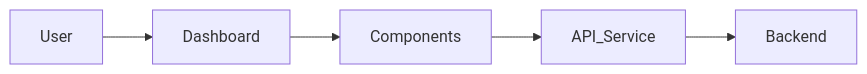
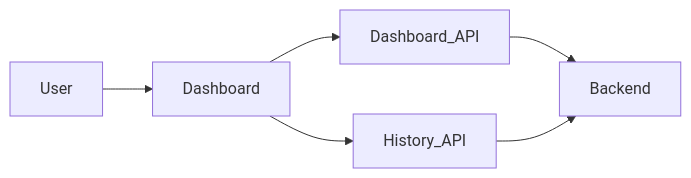
One commit to jostran1406/Phase_2_Group_11 changed the first of 6 diagrams in docs/architecture/frontend.md. Above: the diagram before and after it, drawn with Mermaid. The commit also changed 2 other files, not shown here.

Commit message:
add Dashboard API and update system data flows

````diff
--- a/docs/architecture/frontend.md
+++ b/docs/architecture/frontend.md
@@ -11,12 +11,14 @@
 ```mermaid
 graph LR
 
 User --> Dashboard
 
-Dashboard --> Components
+Dashboard --> Dashboard_API
 
-Components --> API_Service
+Dashboard --> History_API
 
-API_Service --> Backend
+Dashboard_API --> Backend
+
+History_API --> Backend
 
 ```
````
